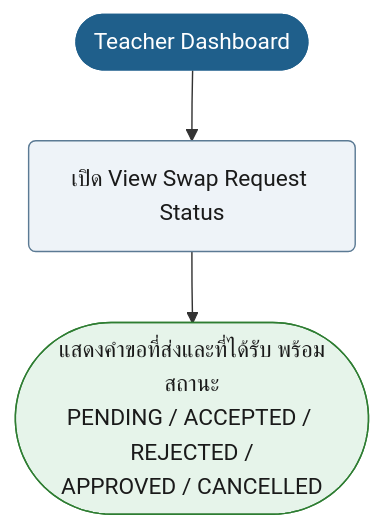
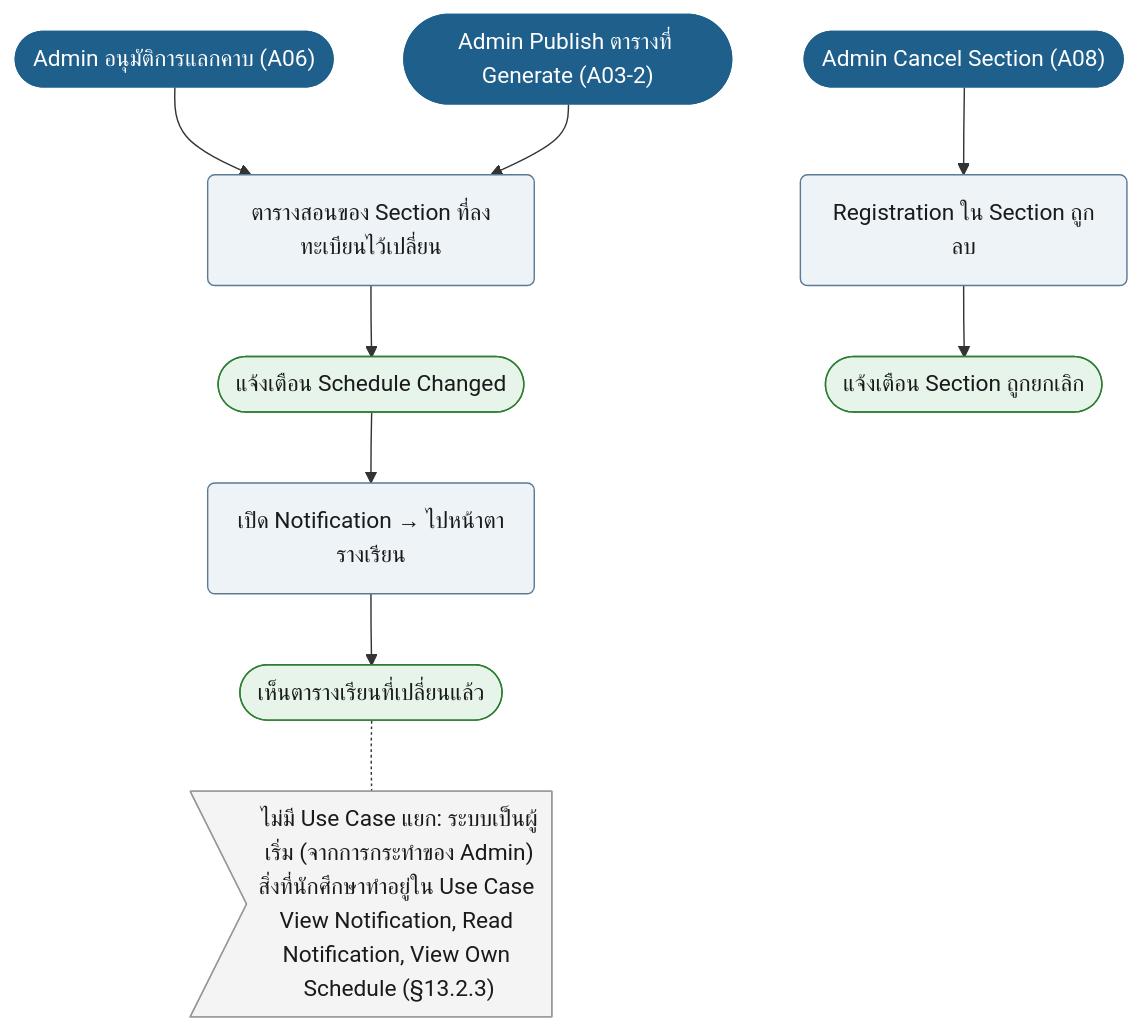
Diagram 12 of 49 in doc/userflow.md (synthesixer/AcadOS), drawn with Mermaid before and after one commit. The commit also changed other lines of this file and 1 other file, not shown here.

````diff
--- a/doc/userflow.md
+++ b/doc/userflow.md
@@ -423,14 +434,27 @@
 ```mermaid
 flowchart TD
-    n1(["Teacher Dashboard"]):::start
-    n2("เปิด View Swap Request Status"):::act
-    n3(["แสดงคำขอที่ส่งและที่ได้รับ พร้อมสถานะ<br/>PENDING / ACCEPTED / REJECTED /<br/>APPROVED / CANCELLED"]):::ok
-    n1 --> n2
+    n1(["Admin อนุมัติการแลกคาบ (A06)"]):::start
+    n2(["Admin Publish ตารางที่ Generate (A03-2)"]):::start
+    n3("ตารางสอนของ Section ที่ลงทะเบียนไว้เปลี่ยน"):::act
+    n1 --> n3
     n2 --> n3
+    n4(["แจ้งเตือน Schedule Changed"]):::ok
+    n3 --> n4
+    n5("เปิด Notification → ไปหน้าตารางเรียน"):::act
+    n4 --> n5
+    n6(["เห็นตารางเรียนที่เปลี่ยนแล้ว"]):::ok
+    n5 --> n6
+    n7(["Admin Cancel Section (A08)"]):::start
+    n8("Registration ใน Section ถูกลบ"):::act
+    n9(["แจ้งเตือน Section ถูกยกเลิก"]):::ok
+    n7 --> n8
+    n8 --> n9
+    n10>"ไม่มี Use Case แยก: ระบบเป็นผู้เริ่ม (จากการกระทำของ Admin)<br/>สิ่งที่นักศึกษาทำอยู่ใน Use Case View Notification, Read Notification, View Own Schedule (§13.2.3)"]:::note
+    n6 -.- n10
     classDef start fill:#1F5F8B,stroke:#1F5F8B,color:#fff
     classDef act fill:#EEF3F8,stroke:#5B7A94,color:#1a1a1a
     classDef dec fill:#FFF6E0,stroke:#5B7A94,color:#1a1a1a
     classDef bad fill:#FCE8E6,stroke:#C0392B,color:#1a1a1a
     classDef ok fill:#E6F4EA,stroke:#2E7D32,color:#1a1a1a
     classDef note fill:#F4F4F4,stroke:#999,color:#1a1a1a
 ```
````
